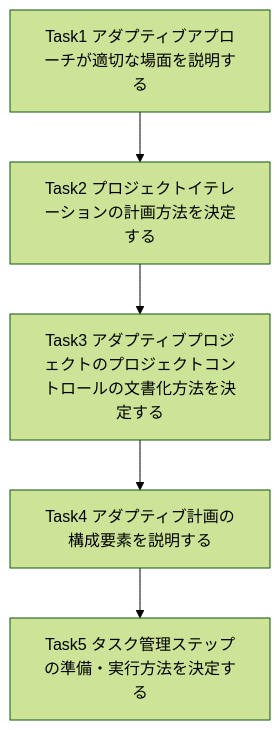
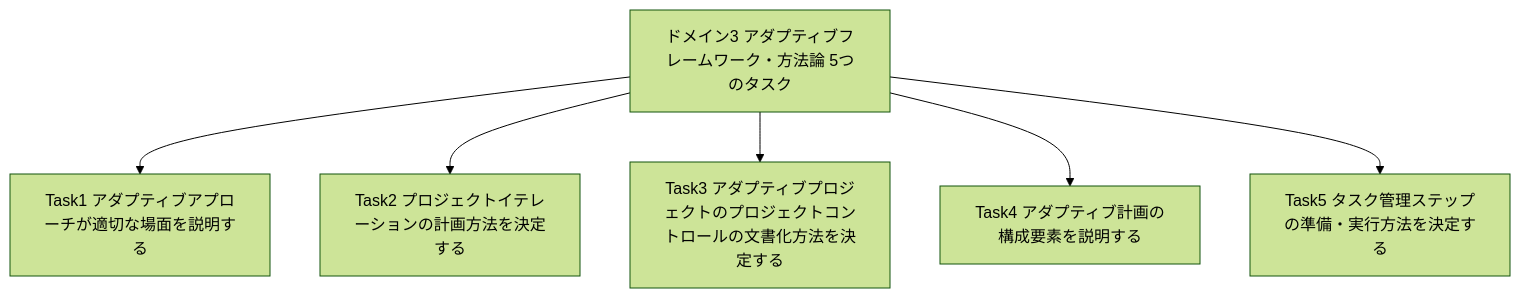
One commit to myoshi2891/Management-Team-Building-Studies changed the first of 8 diagrams in Capm-domain3-agile-frameworks-guide.md. Above: the diagram before and after it, drawn with Mermaid (forest theme). The commit also changed other lines of this file and 1 other file, not shown here.

Commit message:
fix(capm-domain3): update diagram hierarchy and standardize scrum terminology

````diff
--- a/Capm-domain3-agile-frameworks-guide.md
+++ b/Capm-domain3-agile-frameworks-guide.md
@@ -38,7 +38,9 @@
 ```mermaid
 flowchart TD
-    T1["Task1 アダプティブアプローチが適切な場面を説明する"] --> T2["Task2 プロジェクトイテレーションの計画方法を決定する"]
-    T2 --> T3["Task3 アダプティブプロジェクトのプロジェクトコントロールの文書化方法を決定する"]
-    T3 --> T4["Task4 アダプティブ計画の構成要素を説明する"]
-    T4 --> T5["Task5 タスク管理ステップの準備・実行方法を決定する"]
+    D3["ドメイン3 アダプティブフレームワーク・方法論 5つのタスク"]
+    D3 --> T1["Task1 アダプティブアプローチが適切な場面を説明する"]
+    D3 --> T2["Task2 プロジェクトイテレーションの計画方法を決定する"]
+    D3 --> T3["Task3 アダプティブプロジェクトのプロジェクトコントロールの文書化方法を決定する"]
+    D3 --> T4["Task4 アダプティブ計画の構成要素を説明する"]
+    D3 --> T5["Task5 タスク管理ステップの準備・実行方法を決定する"]
 ```
````
